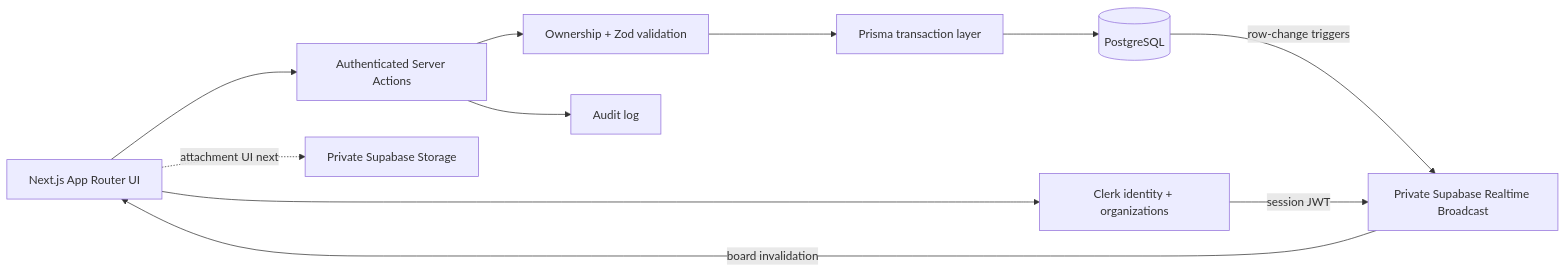
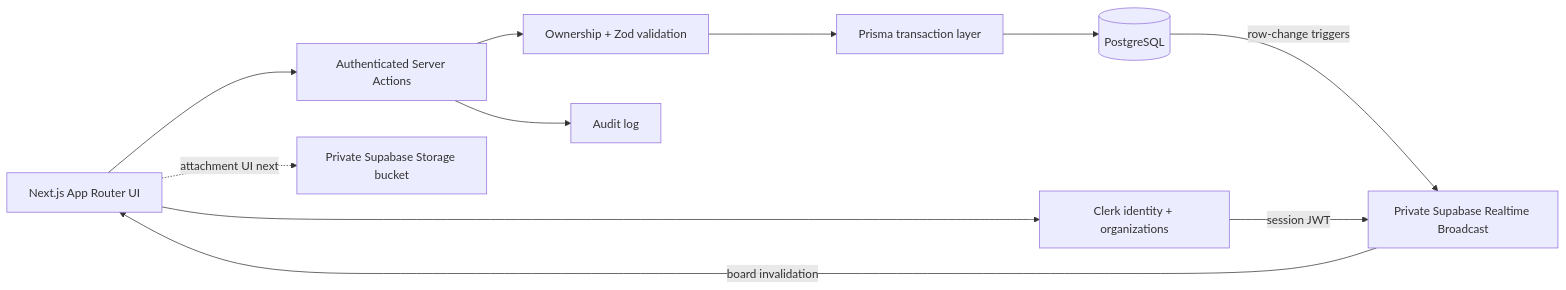
One commit to pankajverma2108/next-Taskify changed the second of 2 diagrams in README.md. Above: the diagram before and after it, drawn with Mermaid. The commit also changed other lines of this file, not shown here.

````diff
--- a/README.md
+++ b/README.md
@@ -100,14 +100,14 @@
 ```mermaid
 flowchart LR
     Browser[Next.js App Router UI] --> Clerk[Clerk identity + organizations]
     Browser --> Actions[Authenticated Server Actions]
     Actions --> Guard[Ownership + Zod validation]
     Guard --> Prisma[Prisma transaction layer]
     Prisma --> Postgres[(PostgreSQL)]
     Actions --> Audit[Audit log]
 
     Postgres -->|row-change triggers| Realtime[Private Supabase Realtime Broadcast]
     Clerk -->|session JWT| Realtime
     Realtime -->|board invalidation| Browser
-    Browser -. attachment UI next .-> Storage[Private Supabase Storage]
+    Browser -. attachment UI next .-> Storage[Private Supabase Storage bucket]
 ```
````
